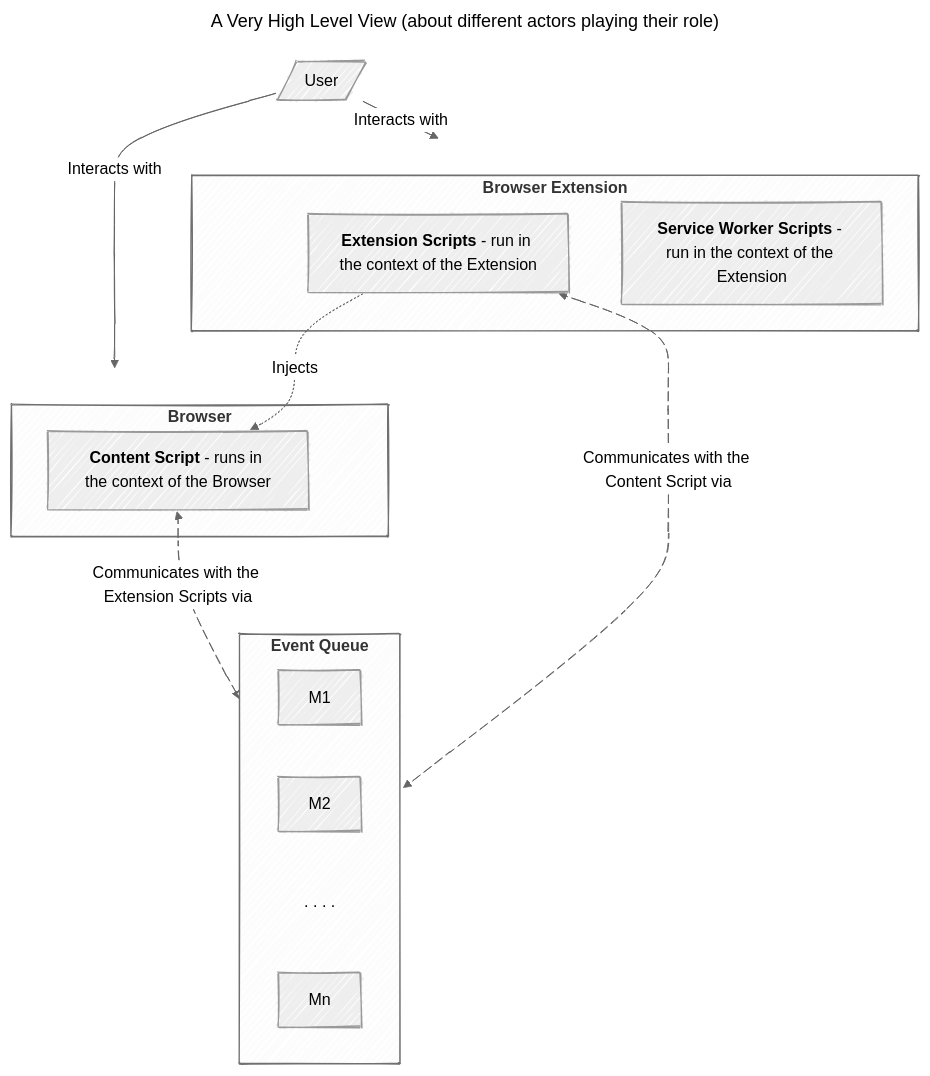
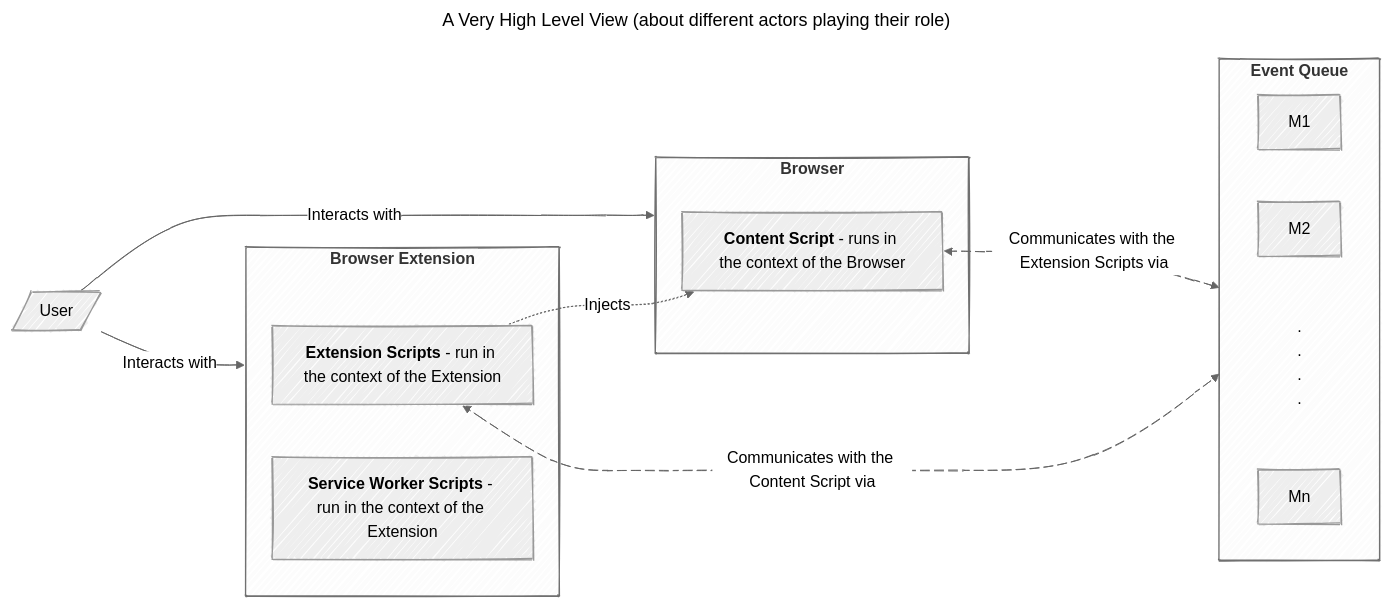
The first of 4 diagrams in README.md (SantoshKShettyApps/git-flow-2-forked), drawn with Mermaid (neutral theme) before and after one commit.

````diff
--- a/README.md
+++ b/README.md
@@ -4,30 +4,31 @@
 ```mermaid
 ---
 title: A Very High Level View (about different actors playing their role)
 config:
   look: handDrawn
 ---
 %%{init: {"flowchart": {"diagramPadding": 150}}}%%
-graph TD
+graph LR
   subgraph B ["`**Browser**`"]
     CS["`**Content Script** - runs in the context of the Browser`"]
   end
   subgraph BE ["`**Browser Extension**`"]
     ES["`**Extension Scripts** - run in the context of the Extension`"]
     SW["`**Service Worker Scripts** - run in the context of the Extension`"]
   end
   subgraph MQ ["`**Event Queue**`"]
+    direction LR
     M1
     M2
-    M@{ shape: text, label: ". . . ." }
+    M@{ shape: text, label: ".\n.\n.\n." }
     Mn
   end
 
   U[/User/] --> |Interacts with| B
   U --> |Interacts with| BE
   ES -.-> |Injects| CS
   CS e1@<--> |Communicates with the Extension Scripts via| MQ
   ES e2@<--> |Communicates with the Content Script via| MQ
   e1@{ animate: true }
   e2@{ animate: true }
 ```
````
